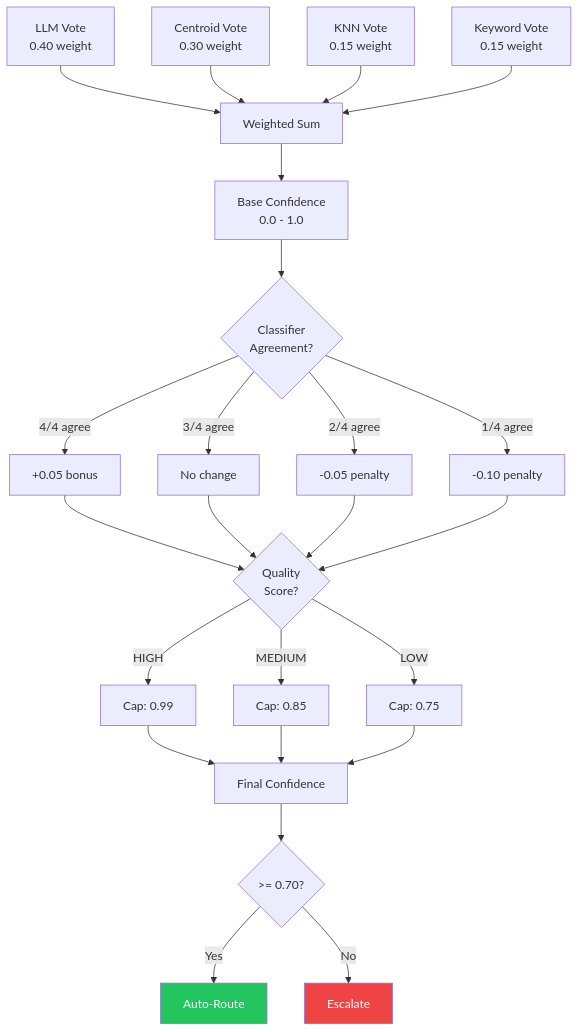
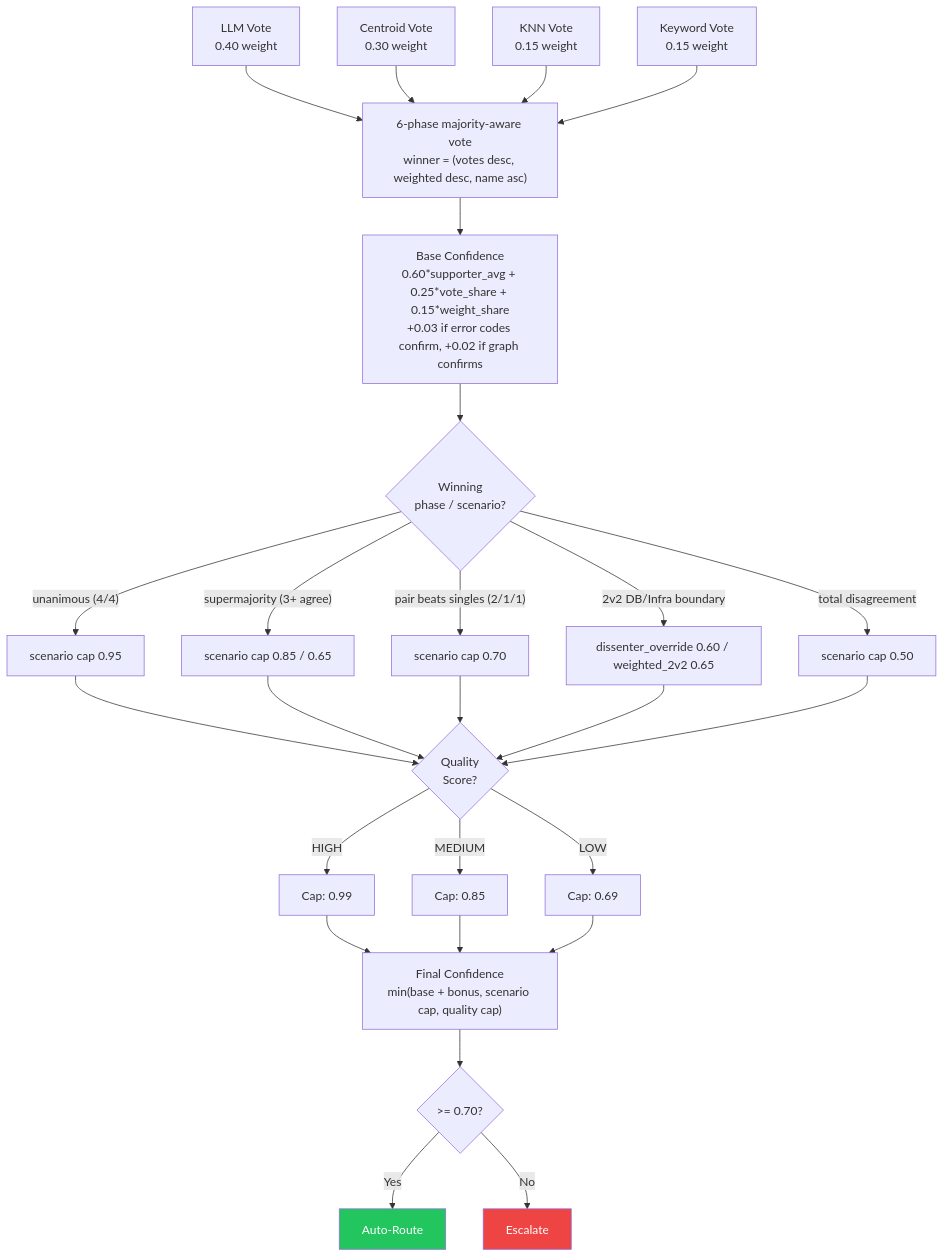
The fifth of 6 diagrams in docs/diagrams/README.md (arif-asadullah/AI-Ticket-Routing), drawn with Mermaid before and after one commit. The commit also changed other lines of this file and 24 other files, not shown here.

````diff
--- a/docs/diagrams/README.md
+++ b/docs/diagrams/README.md
@@ -159,37 +159,39 @@
 ```mermaid
 flowchart TD
     LLM["LLM Vote\n0.40 weight"] --> Agg
     Centroid["Centroid Vote\n0.30 weight"] --> Agg
     KNN["KNN Vote\n0.15 weight"] --> Agg
     Keyword["Keyword Vote\n0.15 weight"] --> Agg
 
-    Agg[Weighted Sum] --> Base["Base Confidence\n0.0 - 1.0"]
+    Agg["6-phase majority-aware vote\nwinner = (votes desc, weighted desc, name asc)"] --> Base["Base Confidence\n0.60*supporter_avg + 0.25*vote_share + 0.15*weight_share\n+0.03 if error codes confirm, +0.02 if graph confirms"]
 
-    Base --> AgreementCheck{"Classifier\nAgreement?"}
+    Base --> Phase{"Winning\nphase / scenario?"}
 
-    AgreementCheck -->|"4/4 agree"| Bonus["+0.05 bonus"]
-    AgreementCheck -->|"3/4 agree"| NoChange["No change"]
-    AgreementCheck -->|"2/4 agree"| Penalty1["-0.05 penalty"]
-    AgreementCheck -->|"1/4 agree"| Penalty2["-0.10 penalty"]
+    Phase -->|"unanimous (4/4)"| ScUnan["scenario cap 0.95"]
+    Phase -->|"supermajority (3+ agree)"| ScSuper["scenario cap 0.85 / 0.65"]
+    Phase -->|"pair beats singles (2/1/1)"| ScPair["scenario cap 0.70"]
+    Phase -->|"2v2 DB/Infra boundary"| ScBoundary["dissenter_override 0.60 / weighted_2v2 0.65"]
+    Phase -->|"total disagreement"| ScDisagree["scenario cap 0.50"]
 
-    Bonus --> QualityCap
-    NoChange --> QualityCap
-    Penalty1 --> QualityCap
-    Penalty2 --> QualityCap
+    ScUnan --> QualityCap
+    ScSuper --> QualityCap
+    ScPair --> QualityCap
+    ScBoundary --> QualityCap
+    ScDisagree --> QualityCap
 
     QualityCap{"Quality\nScore?"}
     QualityCap -->|HIGH| Cap99["Cap: 0.99"]
     QualityCap -->|MEDIUM| Cap85["Cap: 0.85"]
-    QualityCap -->|LOW| Cap75["Cap: 0.75"]
+    QualityCap -->|LOW| Cap69["Cap: 0.69"]
 
-    Cap99 --> Final["Final Confidence"]
+    Cap99 --> Final["Final Confidence\nmin(base + bonus, scenario cap, quality cap)"]
     Cap85 --> Final
-    Cap75 --> Final
+    Cap69 --> Final
 
     Final --> Decision{">= 0.70?"}
     Decision -->|Yes| Route["Auto-Route"]
     Decision -->|No| Escalate["Escalate"]
 
     style Route fill:#22c55e,color:#fff
     style Escalate fill:#ef4444,color:#fff
 ```
````
